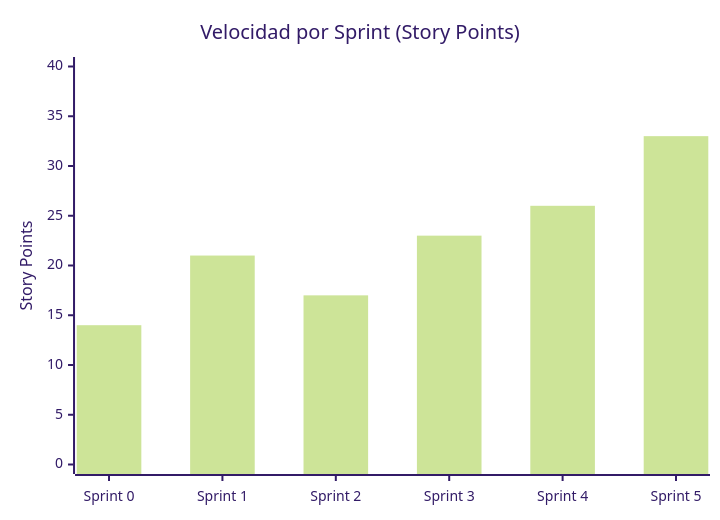
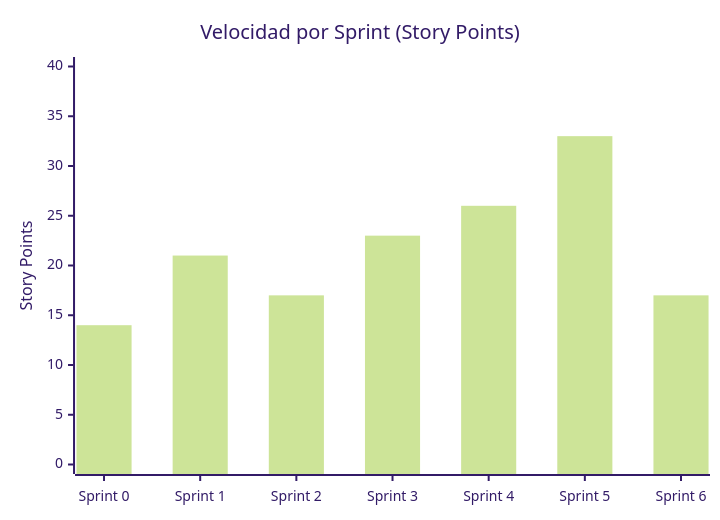
One commit to unicauca-maestria-computacion/ms-maestriacomputacion-front changed the first of 2 diagrams in docs/scrum/metricas/velocidad-sprints.md. Above: the diagram before and after it, drawn with Mermaid (forest theme). The commit also changed other lines of this file and 45 other files, not shown here.

First line of the commit message:
docs: consolidate architectural documentation and synchronize design systems

````diff
--- a/docs/scrum/metricas/velocidad-sprints.md
+++ b/docs/scrum/metricas/velocidad-sprints.md
@@ -31,7 +32,7 @@
 ```mermaid
 xychart-beta
   title "Velocidad por Sprint (Story Points)"
-  x-axis ["Sprint 0", "Sprint 1", "Sprint 2", "Sprint 3", "Sprint 4", "Sprint 5"]
+  x-axis ["Sprint 0", "Sprint 1", "Sprint 2", "Sprint 3", "Sprint 4", "Sprint 5", "Sprint 6"]
   y-axis "Story Points" 0 --> 40
-  bar [14, 21, 17, 23, 26, 33]
+  bar [14, 21, 17, 23, 26, 33, 17]
 ```
````
